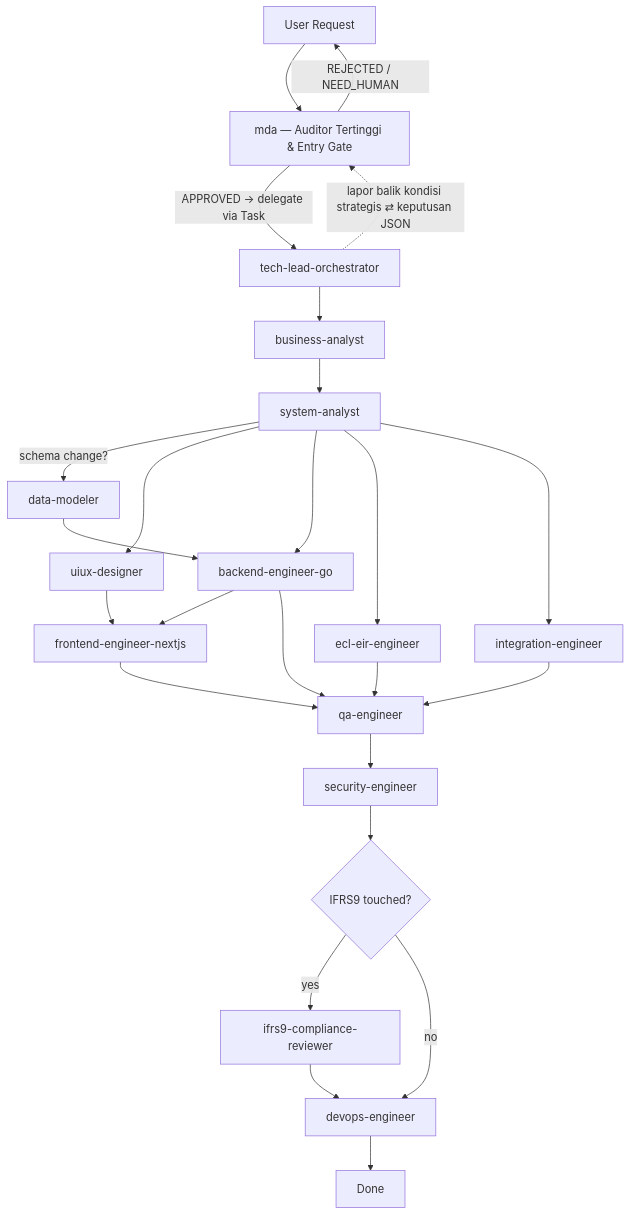
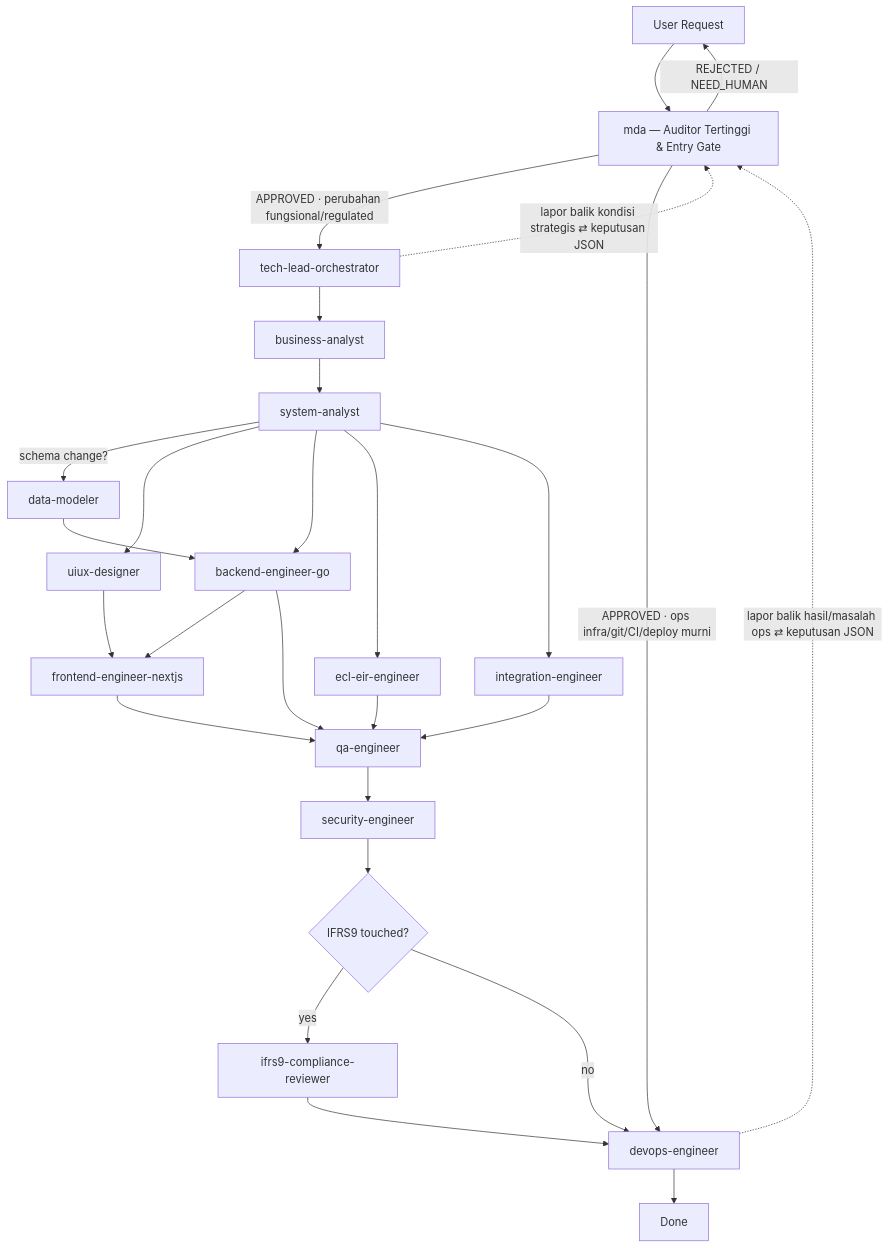
One commit to fairuzzbd/ifrs9ai changed the diagram in .claude/AGENT-TEAM.md. Above: the diagram before and after it, drawn with Mermaid. The commit also changed other lines of this file and 2 other files, not shown here.

Commit message:
docs(repo): adopt MDA dual downstream channel (orchestrator + devops ops)

````diff
--- a/.claude/AGENT-TEAM.md
+++ b/.claude/AGENT-TEAM.md
@@ -62,27 +62,29 @@
 ```mermaid
 flowchart TD
     U[User Request] --> MDA[mda — Auditor Tertinggi & Entry Gate]
-    MDA -->|APPROVED → delegate via Task| O[tech-lead-orchestrator]
+    MDA -->|APPROVED · perubahan fungsional/regulated| O[tech-lead-orchestrator]
+    MDA -->|APPROVED · ops infra/git/CI/deploy murni| DEV[devops-engineer]
     O -.->|lapor balik kondisi strategis ⇄ keputusan JSON| MDA
+    DEV -.->|lapor balik hasil/masalah ops ⇄ keputusan JSON| MDA
     MDA -->|REJECTED / NEED_HUMAN| U
     O --> BA[business-analyst]
     BA --> SA[system-analyst]
     SA -->|schema change?| DM[data-modeler]
     SA --> UX[uiux-designer]
     DM --> BE
     SA --> BE[backend-engineer-go]
     SA --> ECL[ecl-eir-engineer]
     SA --> INT[integration-engineer]
     UX --> FE[frontend-engineer-nextjs]
     BE --> FE
     BE --> QA[qa-engineer]
     ECL --> QA
     INT --> QA
     FE --> QA
     QA --> SEC[security-engineer]
     SEC --> CR{IFRS9 touched?}
     CR -->|yes| IFRS[ifrs9-compliance-reviewer]
     CR -->|no| DEV[devops-engineer]
     IFRS --> DEV
     DEV --> DONE[Done]
 ```
````
